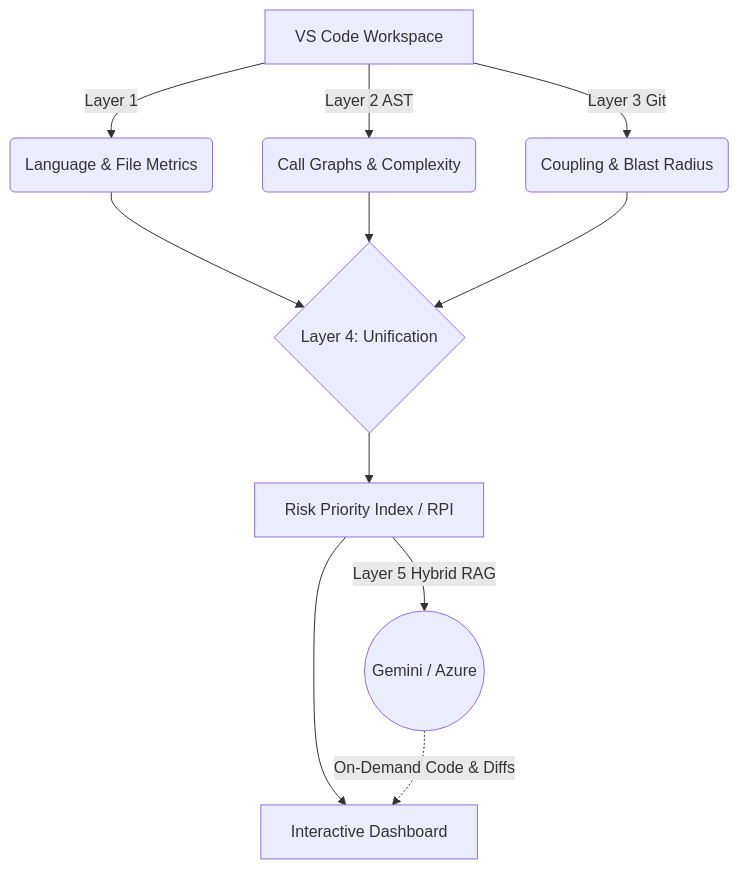
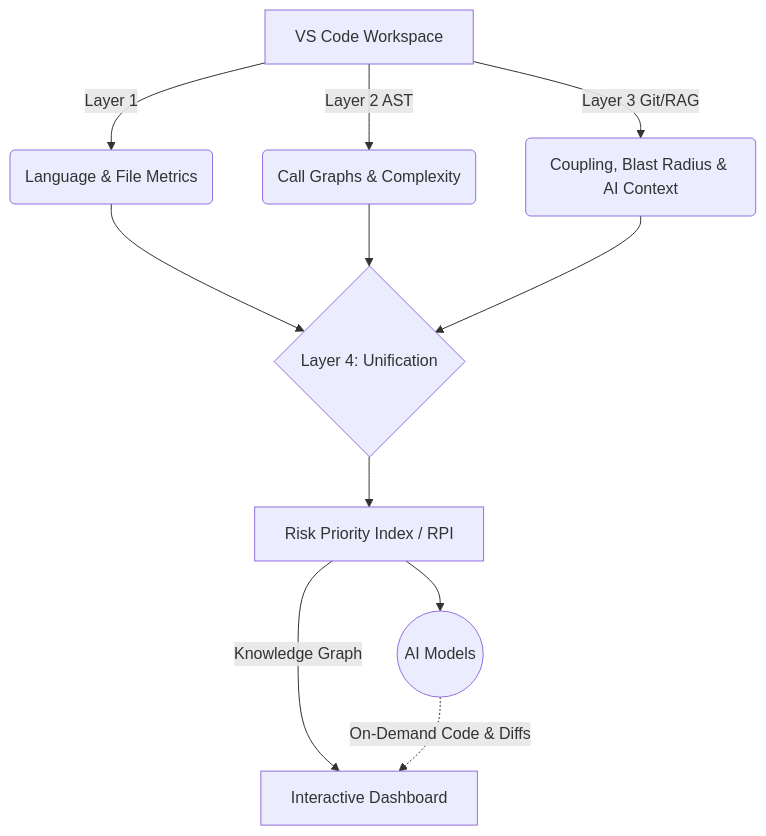
The diagram in README.md (RajRudra06/AIL), drawn with Mermaid before and after one commit. The commit also changed other lines of this file and 1 other file, not shown here.

Commit message:
docs: map layers 3 and 5 to a unified conceptual 4-layer architecture, remove gemini preference

````diff
--- a/README.md
+++ b/README.md
@@ -76,13 +71,13 @@
 ```mermaid
 graph TD
     A[VS Code Workspace] -->|Layer 1| B(Language & File Metrics)
     A -->|Layer 2 AST| C(Call Graphs & Complexity)
-    A -->|Layer 3 Git| D(Coupling & Blast Radius)
+    A -->|Layer 3 Git/RAG| D(Coupling, Blast Radius & AI Context)
     B --> E{Layer 4: Unification}
     C --> E
     D --> E
     E --> F[Risk Priority Index / RPI]
-    F -->|Layer 5 Hybrid RAG| H((Gemini / Azure))
-    F --> G[Interactive Dashboard]
+    F -->|Knowledge Graph| G[Interactive Dashboard]
+    F --> H((AI Models))
     H -.->|On-Demand Code & Diffs| G
 ```
````
